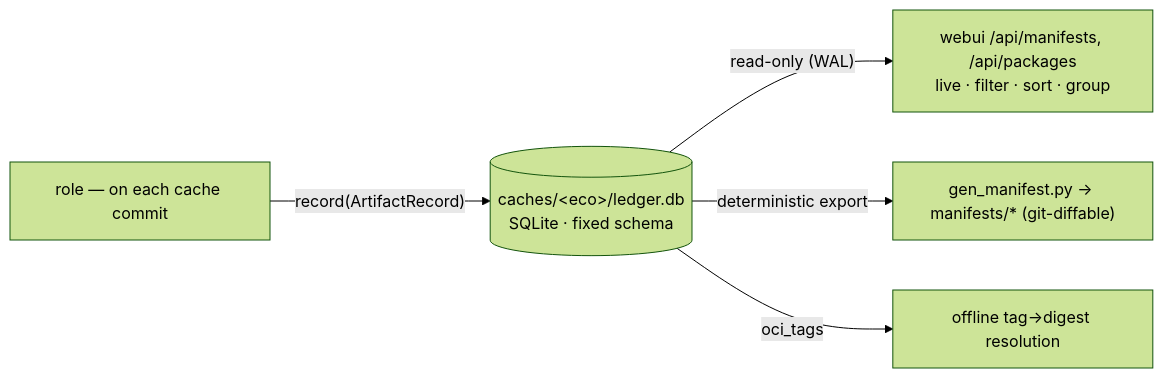
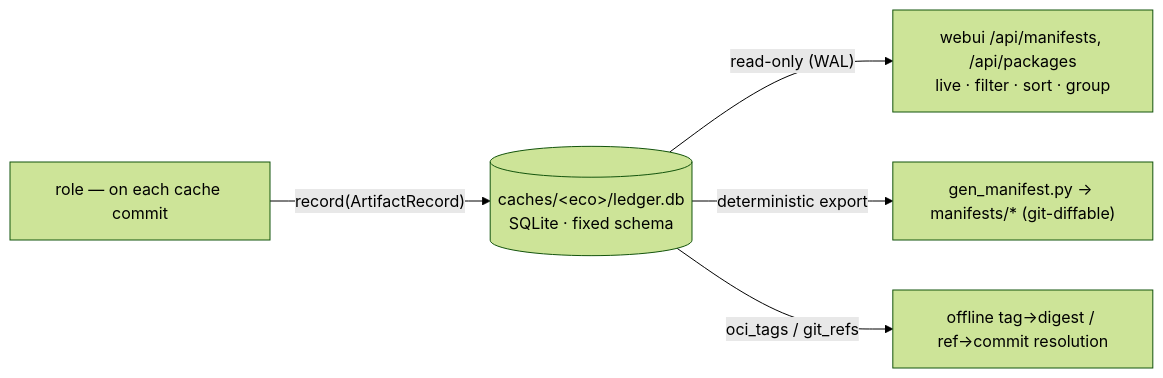
One commit to aabdlwahab/PKGCache changed the fifth of 7 diagrams in README.md. Above: the diagram before and after it, drawn with Mermaid (forest theme). The commit also changed other lines of this file and 53 other files, not shown here.

````diff
--- a/README.md
+++ b/README.md
@@ -479,7 +551,7 @@
 ```mermaid
 flowchart LR
   px["role — on each cache commit"] -->|"record(ArtifactRecord)"| db[("caches/&lt;eco&gt;/ledger.db\nSQLite · fixed schema")]
   db -->|"read-only (WAL)"| api["webui /api/manifests, /api/packages\nlive · filter · sort · group"]
   db -->|"deterministic export"| git["gen_manifest.py → manifests/* (git-diffable)"]
-  db -->|"oci_tags"| offl["offline tag→digest resolution"]
+  db -->|"oci_tags / git_refs"| offl["offline tag→digest / ref→commit resolution"]
 ```
````
